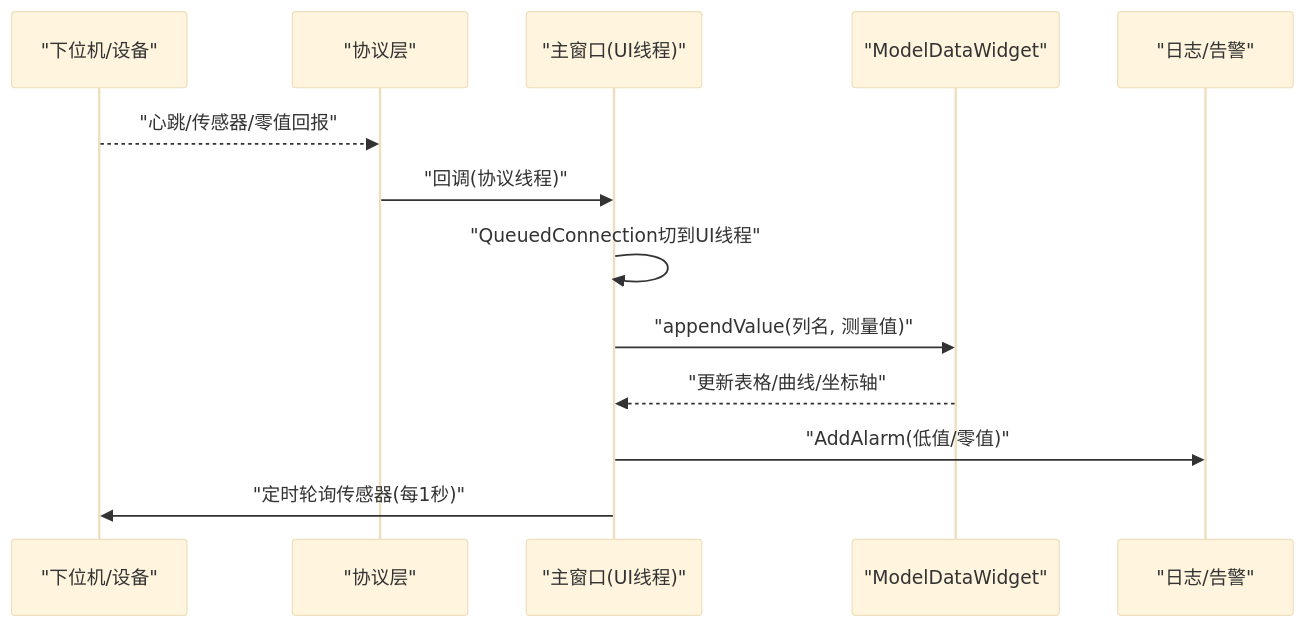
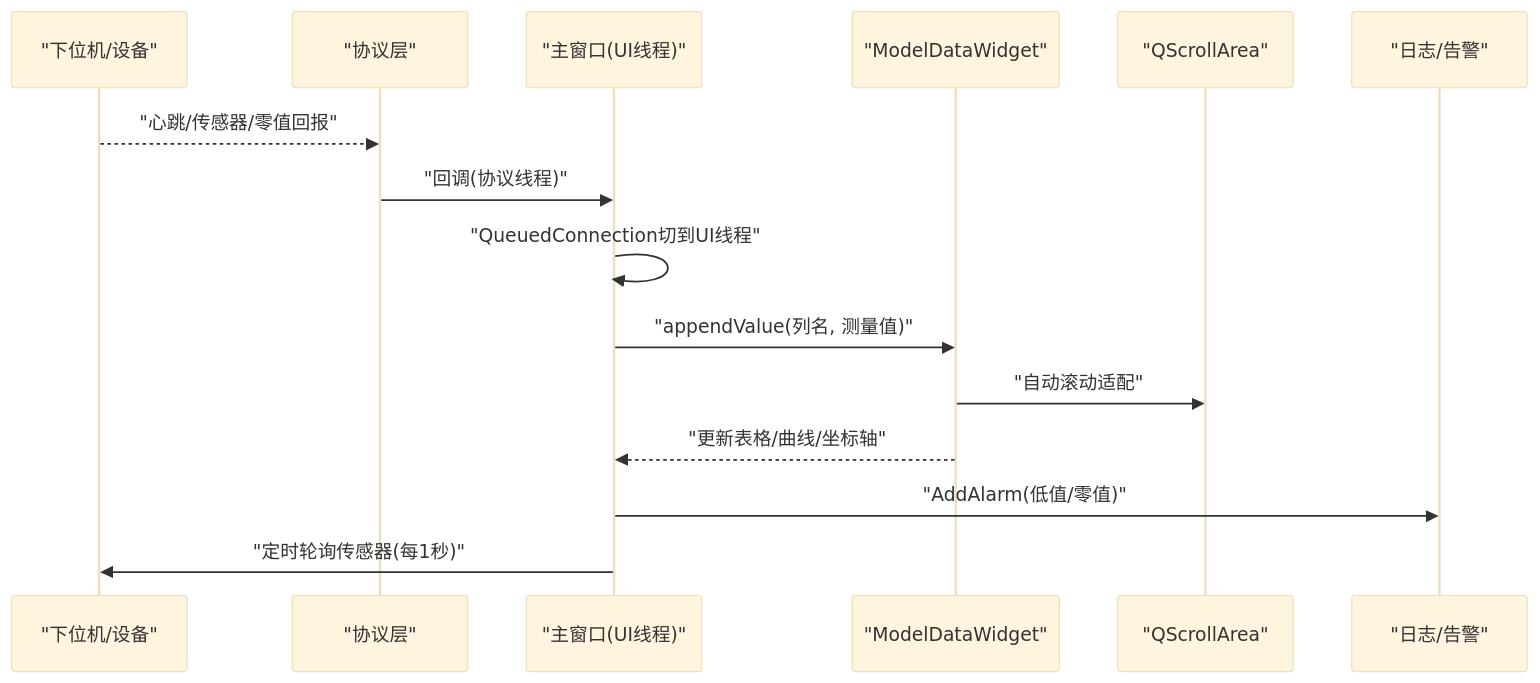
One commit to yangreest/Zero-value-Insulator-Robot-V2 changed the second of 11 diagrams in .qoder/repowiki/zh/content/用户手册/检测工作流程/检测执行阶段/实时监控界面.md. Above: the diagram before and after it, drawn with Mermaid (base theme). The commit also changed other lines of this file and 22 other files, not shown here.

````diff
--- a/.qoder/repowiki/zh/content/用户手册/检测工作流程/检测执行阶段/实时监控界面.md
+++ b/.qoder/repowiki/zh/content/用户手册/检测工作流程/检测执行阶段/实时监控界面.md
@@ -92,15 +96,17 @@
 ```mermaid
 sequenceDiagram
 participant Dev as "下位机/设备"
 participant Proto as "协议层"
 participant UI as "主窗口(UI线程)"
 participant Chart as "ModelDataWidget"
+participant Scroll as "QScrollArea"
 participant Log as "日志/告警"
 Dev-->>Proto : "心跳/传感器/零值回报"
 Proto->>UI : "回调(协议线程)"
 UI->>UI : "QueuedConnection切到UI线程"
 UI->>Chart : "appendValue(列名, 测量值)"
+Chart->>Scroll : "自动滚动适配"
 Chart-->>UI : "更新表格/曲线/坐标轴"
 UI->>Log : "AddAlarm(低值/零值)"
 UI->>Dev : "定时轮询传感器(每1秒)"
 ```
````
